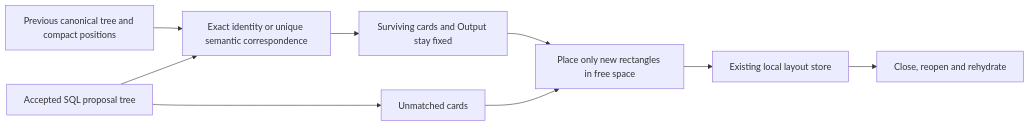
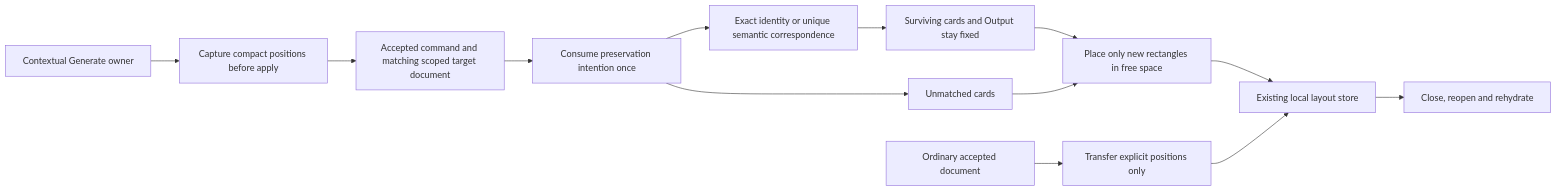
One commit to dunay2/dvt changed the fifth of 11 diagrams in docs/architecture/components/web/graph/canvas-layout-persistence-component.md. Above: the diagram before and after it, drawn with Mermaid. The commit also changed other lines of this file and 28 other files, not shown here.

````diff
--- a/docs/architecture/components/web/graph/canvas-layout-persistence-component.md
+++ b/docs/architecture/components/web/graph/canvas-layout-persistence-component.md
@@ -286,11 +309,15 @@
 ```mermaid
 flowchart LR
-  Previous[Previous canonical tree and compact positions] --> Match[Exact identity or unique semantic correspondence]
-  Accepted[Accepted SQL proposal tree] --> Match
+  Ordinary[Ordinary accepted document] --> Manual[Transfer explicit positions only]
+  Generate[Contextual Generate owner] --> Capture[Capture compact positions before apply]
+  Capture --> Accepted[Accepted command and matching scoped target document]
+  Accepted --> Intent[Consume preservation intention once]
+  Intent --> Match[Exact identity or unique semantic correspondence]
   Match --> Fixed[Surviving cards and Output stay fixed]
-  Accepted --> New[Unmatched cards]
+  Intent --> New[Unmatched cards]
   Fixed --> Place[Place only new rectangles in free space]
   New --> Place
   Place --> Local[Existing local layout store]
+  Manual --> Local
   Local --> Reopen[Close, reopen and rehydrate]
 ```
````
